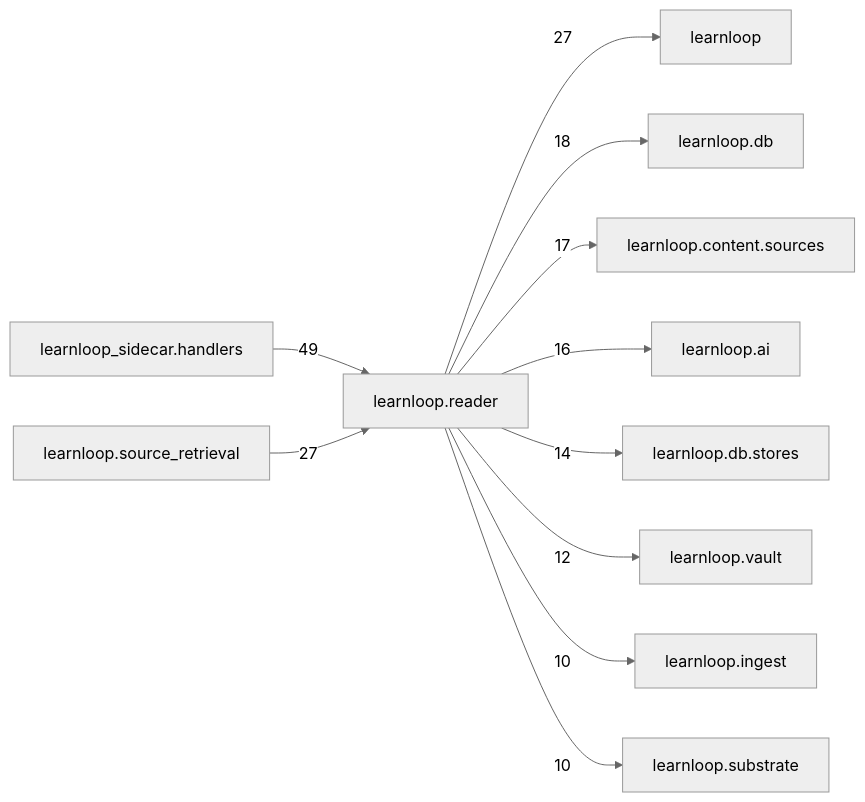
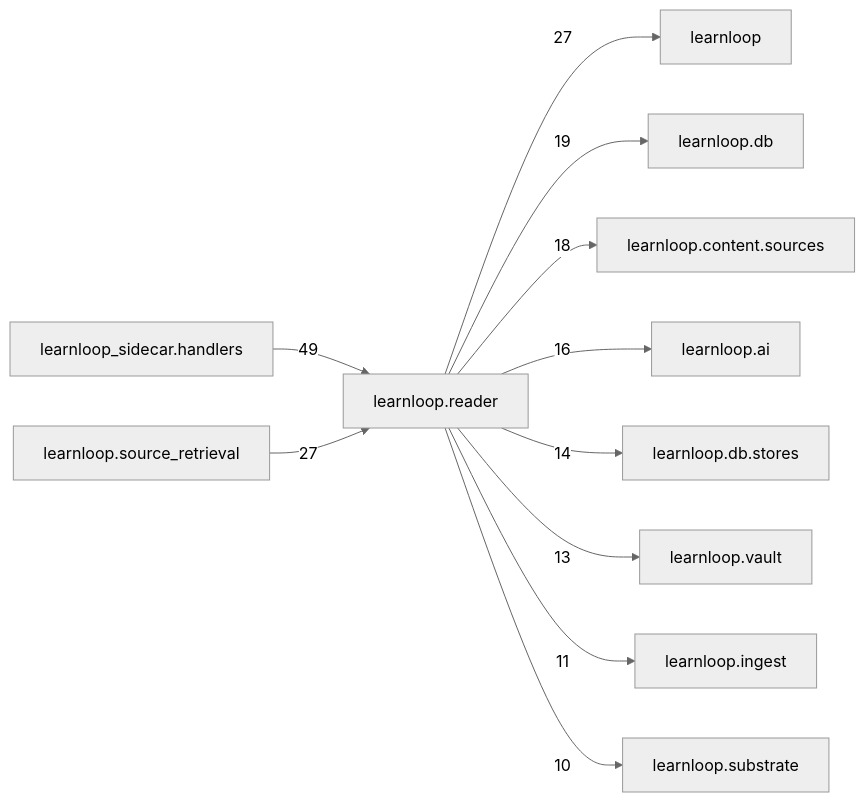
One commit to 6up-b/learnanything changed the diagram in docs/learnloop-architecture-vault/Reference/Modules/learnloop/reader/_package.md. Above: the diagram before and after it, drawn with Mermaid (neutral theme). The commit also changed other lines of this file and 17 other files, not shown here.

````diff
--- a/docs/learnloop-architecture-vault/Reference/Modules/learnloop/reader/_package.md
+++ b/docs/learnloop-architecture-vault/Reference/Modules/learnloop/reader/_package.md
@@ -150,24 +153,24 @@
 ```mermaid
 flowchart LR
     center["learnloop.reader"]
     n_learnloop_sidecar_handlers["learnloop_sidecar.handlers"]
     n_learnloop["learnloop"]
     n_learnloop_source_retrieval["learnloop.source_retrieval"]
     n_learnloop_db["learnloop.db"]
     n_learnloop_content_sources["learnloop.content.sources"]
     n_learnloop_ai["learnloop.ai"]
     n_learnloop_db_stores["learnloop.db.stores"]
     n_learnloop_vault["learnloop.vault"]
     n_learnloop_ingest["learnloop.ingest"]
     n_learnloop_substrate["learnloop.substrate"]
     n_learnloop_sidecar_handlers -->|49| center
     center -->|27| n_learnloop
     n_learnloop_source_retrieval -->|27| center
-    center -->|18| n_learnloop_db
-    center -->|17| n_learnloop_content_sources
+    center -->|19| n_learnloop_db
+    center -->|18| n_learnloop_content_sources
     center -->|16| n_learnloop_ai
     center -->|14| n_learnloop_db_stores
-    center -->|12| n_learnloop_vault
-    center -->|10| n_learnloop_ingest
+    center -->|13| n_learnloop_vault
+    center -->|11| n_learnloop_ingest
     center -->|10| n_learnloop_substrate
 ```
````
